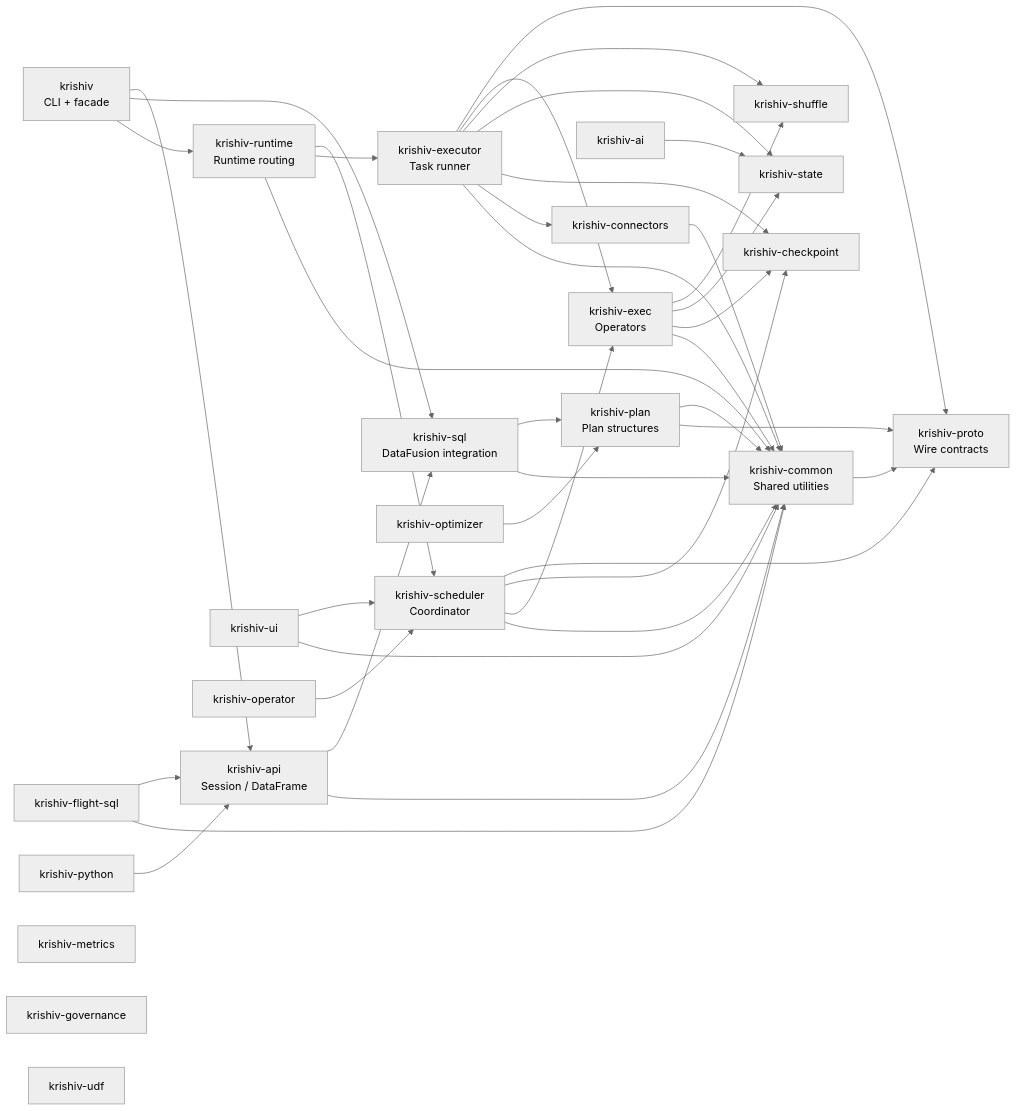
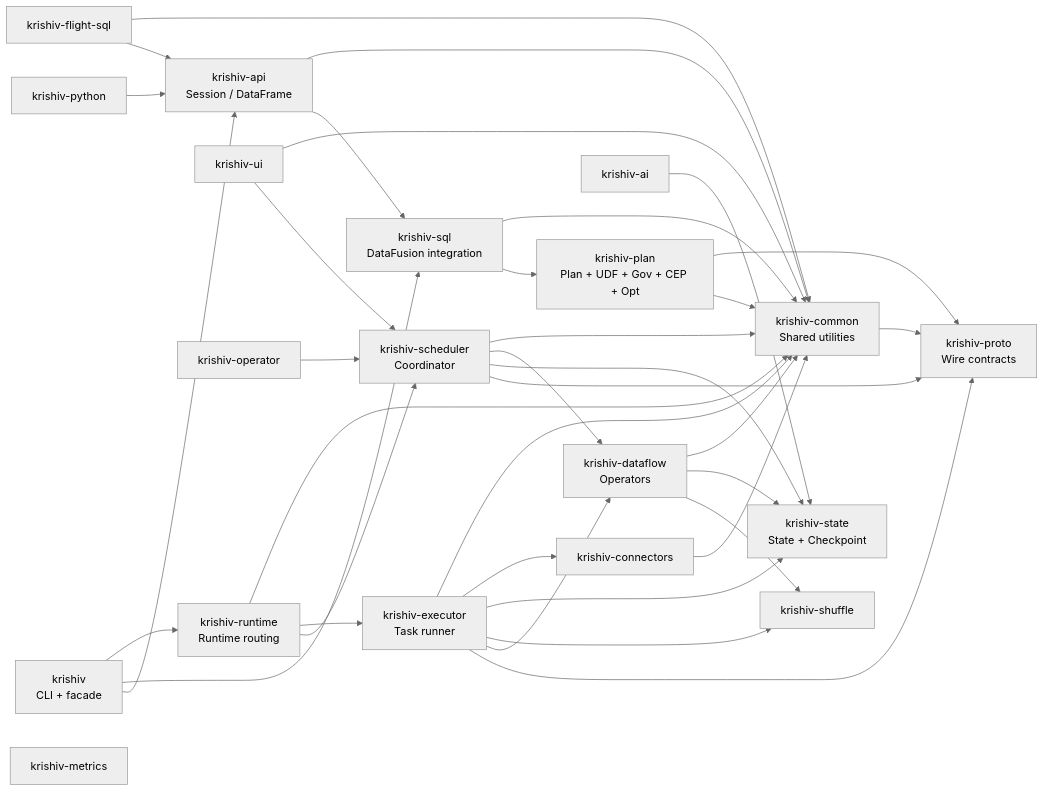
Before and after one commit to KrishivAI/krishiv: the second of 2 diagrams in docs/architecture.md, drawn with Mermaid (neutral theme). The commit also changed other lines of this file and 116 other files, not shown here.

````diff
--- a/docs/architecture.md
+++ b/docs/architecture.md
@@ -104,64 +94,56 @@
 ```mermaid
 flowchart LR
   CLI["krishiv<br/>CLI + facade"]
   API["krishiv-api<br/>Session / DataFrame"]
   SQL["krishiv-sql<br/>DataFusion integration"]
-  PLAN["krishiv-plan<br/>Plan structures"]
+  PLAN["krishiv-plan<br/>Plan + UDF + Gov + CEP + Opt"]
   RUNTIME["krishiv-runtime<br/>Runtime routing"]
   SCHED["krishiv-scheduler<br/>Coordinator"]
-  EXEC["krishiv-exec<br/>Operators"]
+  DATAFLOW["krishiv-dataflow<br/>Operators"]
   EXECUTOR["krishiv-executor<br/>Task runner"]
   PROTO["krishiv-proto<br/>Wire contracts"]
   SHUFFLE["krishiv-shuffle"]
-  STATE["krishiv-state"]
-  CKPT["krishiv-checkpoint"]
+  STATE["krishiv-state<br/>State + Checkpoint"]
   CONN["krishiv-connectors"]
-  OPT["krishiv-optimizer"]
   COMMON["krishiv-common<br/>Shared utilities"]
   FLIGHT["krishiv-flight-sql"]
   PYTHON["krishiv-python"]
   UI["krishiv-ui"]
   METRICS["krishiv-metrics"]
-  GOV["krishiv-governance"]
-  UDF["krishiv-udf"]
   AI["krishiv-ai"]
   OPS["krishiv-operator"]
   CLI --> API
   CLI --> SQL
   CLI --> RUNTIME
   API --> SQL
   API --> COMMON
   SQL --> PLAN
   SQL --> COMMON
   PLAN --> COMMON
   PLAN --> PROTO
   RUNTIME --> SCHED
   RUNTIME --> EXECUTOR
   RUNTIME --> COMMON
   SCHED --> PROTO
-  SCHED --> CKPT
-  SCHED --> EXEC
+  SCHED --> STATE
+  SCHED --> DATAFLOW
   SCHED --> COMMON
   EXECUTOR --> PROTO
-  EXECUTOR --> EXEC
+  EXECUTOR --> DATAFLOW
   EXECUTOR --> SHUFFLE
   EXECUTOR --> STATE
-  EXECUTOR --> CKPT
   EXECUTOR --> CONN
   EXECUTOR --> COMMON
-  EXEC --> SHUFFLE
-  EXEC --> STATE
-  EXEC --> CKPT
-  EXEC --> COMMON
+  DATAFLOW --> SHUFFLE
+  DATAFLOW --> STATE
+  DATAFLOW --> COMMON
   CONN --> COMMON
-  OPT --> PLAN
   FLIGHT --> API
   FLIGHT --> COMMON
   PYTHON --> API
   UI --> SCHED
   UI --> COMMON
   OPS --> SCHED
   AI --> STATE
-
   COMMON --> PROTO
 ```
````
